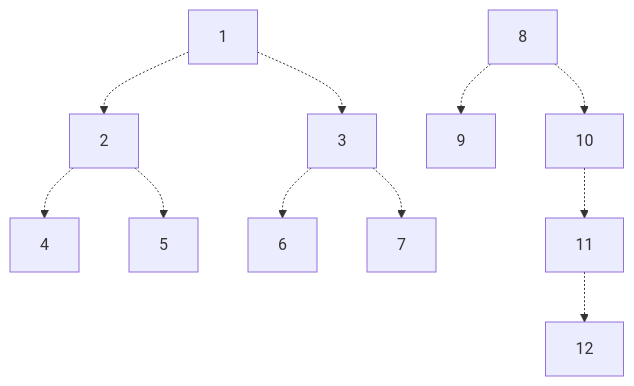
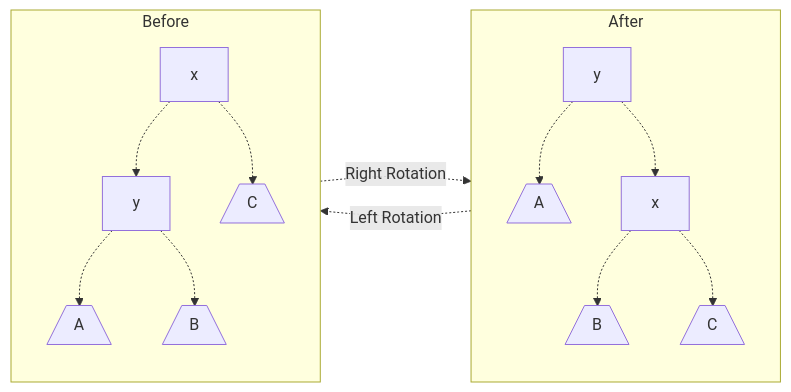
One commit to shuyelin06/Obsidian-Notes changed the first of 5 diagrams in content/Classes/CMSC420/CMSC420Working.md. Above: the diagram before and after it, drawn with Mermaid. The commit also changed other lines of this file and 8 other files, not shown here.

````diff
--- a/content/Classes/CMSC420/CMSC420Working.md
+++ b/content/Classes/CMSC420/CMSC420Working.md
@@ -42,9 +153,15 @@
 ```mermaid
-graph TD
-      1 -.-> 2 & 3;
-      2 -.-> 4 & 5;
-      3 -.-> 6 & 7;
+graph LR
+      subgraph After
+      6[y] -.-> 7[/A\] & 8[x];
+      8 -.-> 9[/B\] & 10[/C\];
+      end
+      
+      subgraph Before
+      1[x] -.-> 2[y] & 3[/C\];
+      2 -.-> 4[/A\] & 5[/B\];
+      end
 
-      8 -.-> 9 & 10;
-      10 -.-> 11 -.-> 12; 
+      Before -. Right Rotation .-> After;
+      After -. Left Rotation .-> Before;
 ```
````
